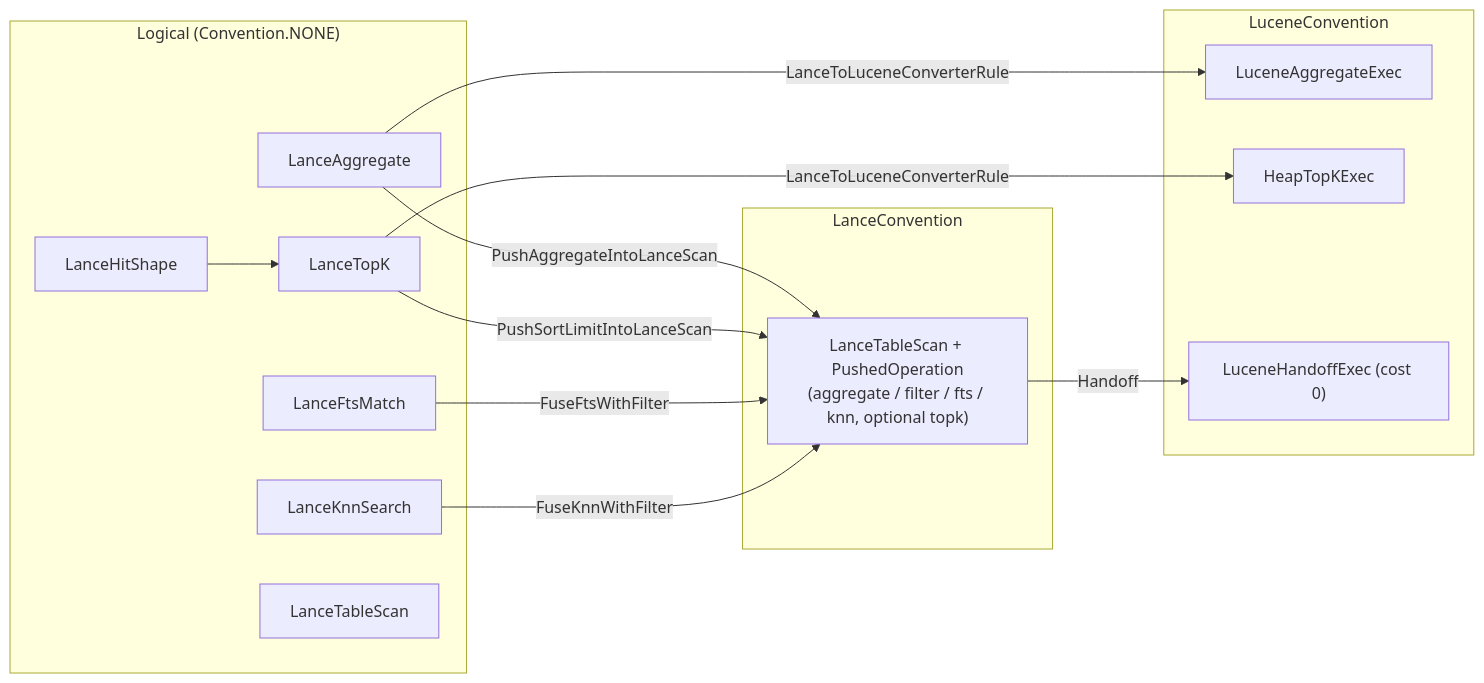
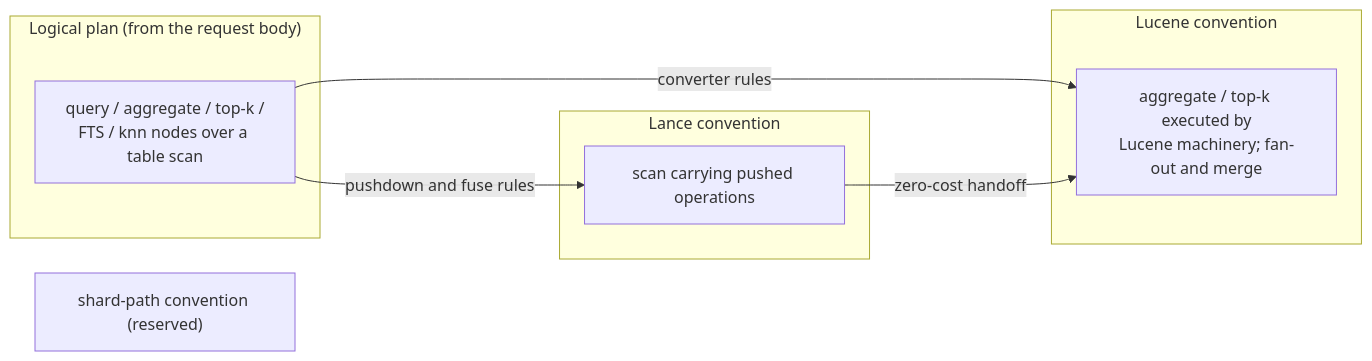
The fourth of 4 diagrams in docs/architecture.md (lawofcycles/lance-opensearch), drawn with Mermaid before and after one commit. The commit also changed other lines of this file, not shown here.

First line of the commit message:
Rewrite docs/architecture.md at RFC granularity

````diff
--- a/docs/architecture.md
+++ b/docs/architecture.md
@@ -593,25 +294,16 @@
 ```mermaid
 flowchart LR
-    subgraph logical ["Logical (Convention.NONE)"]
-        HS[LanceHitShape] --> TK[LanceTopK]
-        AG[LanceAggregate]
-        FTS[LanceFtsMatch]
-        KNN[LanceKnnSearch]
-        SC[LanceTableScan]
+    subgraph logical ["Logical plan (from the request body)"]
+        LT["query / aggregate / top-k /<br/>FTS / knn nodes over a table scan"]
     end
-    subgraph lance [LanceConvention]
-        PS["LanceTableScan + PushedOperation<br/>(aggregate / filter / fts / knn, optional topk)"]
+    subgraph lance ["Lance convention"]
+        PS["scan carrying pushed operations"]
     end
-    subgraph lucene [LuceneConvention]
-        LAE[LuceneAggregateExec]
-        HTE[HeapTopKExec]
-        HO["LuceneHandoffExec (cost 0)"]
+    subgraph lucene ["Lucene convention"]
+        LE["aggregate / top-k executed by<br/>Lucene machinery; fan-out and merge"]
     end
-    AG -- PushAggregateIntoLanceScan --> PS
-    TK -- PushSortLimitIntoLanceScan --> PS
-    FTS -- FuseFtsWithFilter --> PS
-    KNN -- FuseKnnWithFilter --> PS
-    AG -- LanceToLuceneConverterRule --> LAE
-    TK -- LanceToLuceneConverterRule --> HTE
-    PS -- Handoff --> HO
+    SP["shard-path convention (reserved)"]
+    LT -- "pushdown and fuse rules" --> PS
+    LT -- "converter rules" --> LE
+    PS -- "zero-cost handoff" --> LE
 ```
````
